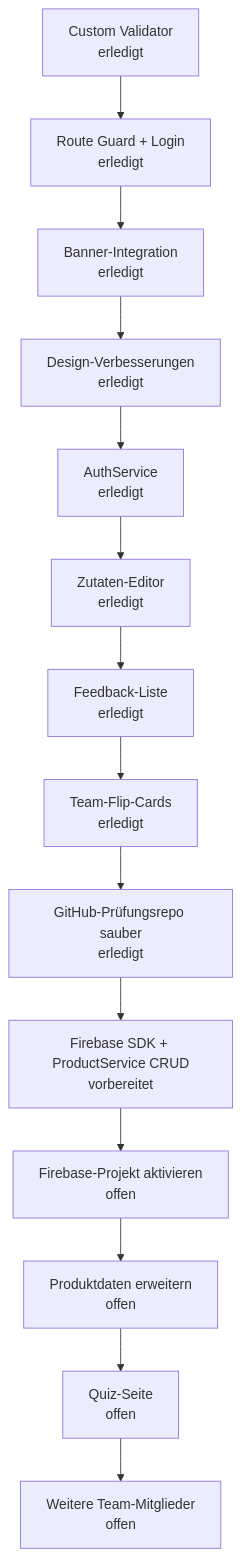
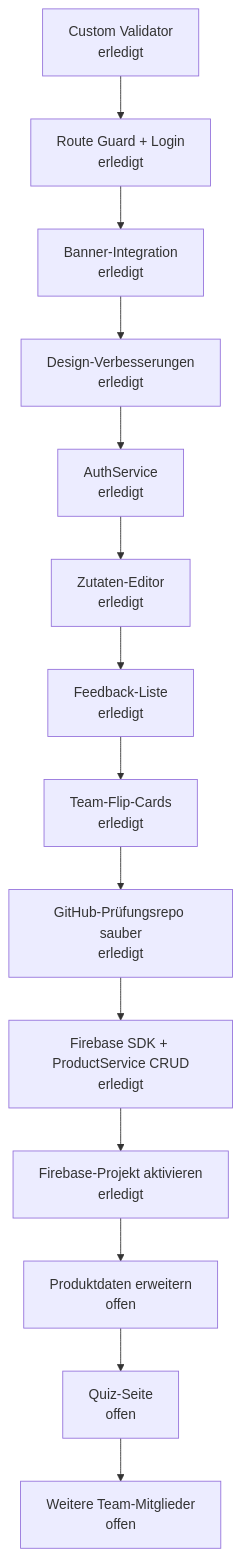
Before and after one commit to denisaandreea-a/McDenisa-Website-Pruefung: the fourth of 4 diagrams in docs/wiki.md, drawn with Mermaid. The commit also changed other lines of this file, not shown here.

Commit message:
Dokumentiere Firebase-Aktivierung im Projekt-Wiki

````diff
--- a/docs/wiki.md
+++ b/docs/wiki.md
@@ -851,16 +877,16 @@
 ```mermaid
 flowchart TD
   D1["Custom Validator\nerledigt"] --> D2["Route Guard + Login\nerledigt"]
   D2 --> D3["Banner-Integration\nerledigt"]
   D3 --> D4["Design-Verbesserungen\nerledigt"]
   D4 --> D5["AuthService\nerledigt"]
   D5 --> D6["Zutaten-Editor\nerledigt"]
   D6 --> D7["Feedback-Liste\nerledigt"]
   D7 --> D8["Team-Flip-Cards\nerledigt"]
   D8 --> D9["GitHub-Prüfungsrepo sauber\nerledigt"]
-  D9 --> D10["Firebase SDK + ProductService CRUD\nvorbereitet"]
-  D10 --> N1["Firebase-Projekt aktivieren\noffen"]
-  N1 --> N2["Produktdaten erweitern\noffen"]
-  N2 --> N3["Quiz-Seite\noffen"]
-  N3 --> N4["Weitere Team-Mitglieder\noffen"]
+  D9 --> D10["Firebase SDK + ProductService CRUD\nerledigt"]
+  D10 --> D11["Firebase-Projekt aktivieren\nerledigt"]
+  D11 --> N1["Produktdaten erweitern\noffen"]
+  N1 --> N2["Quiz-Seite\noffen"]
+  N2 --> N3["Weitere Team-Mitglieder\noffen"]
 ```
````
